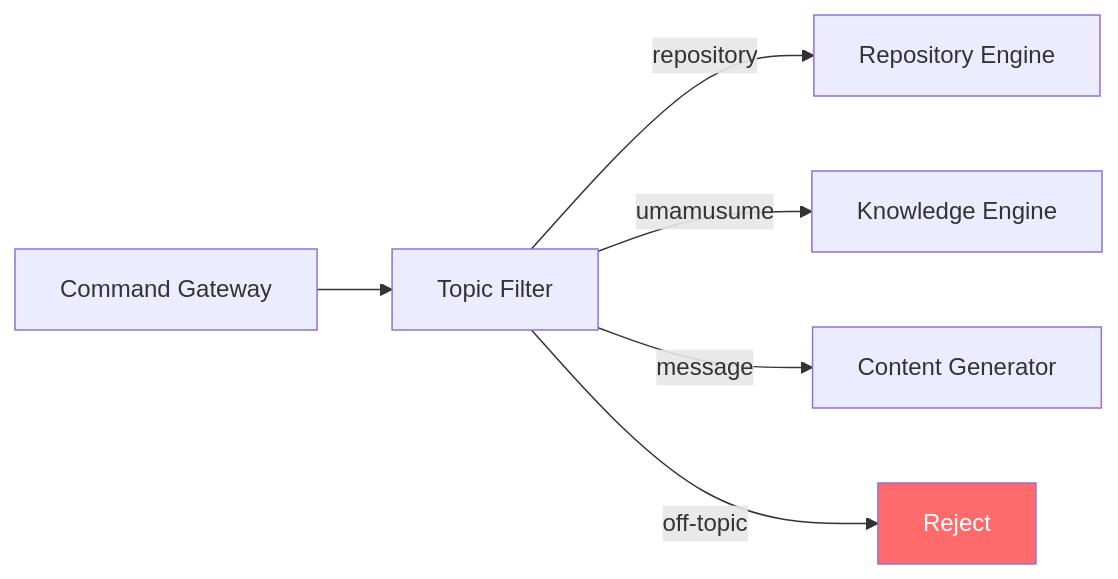
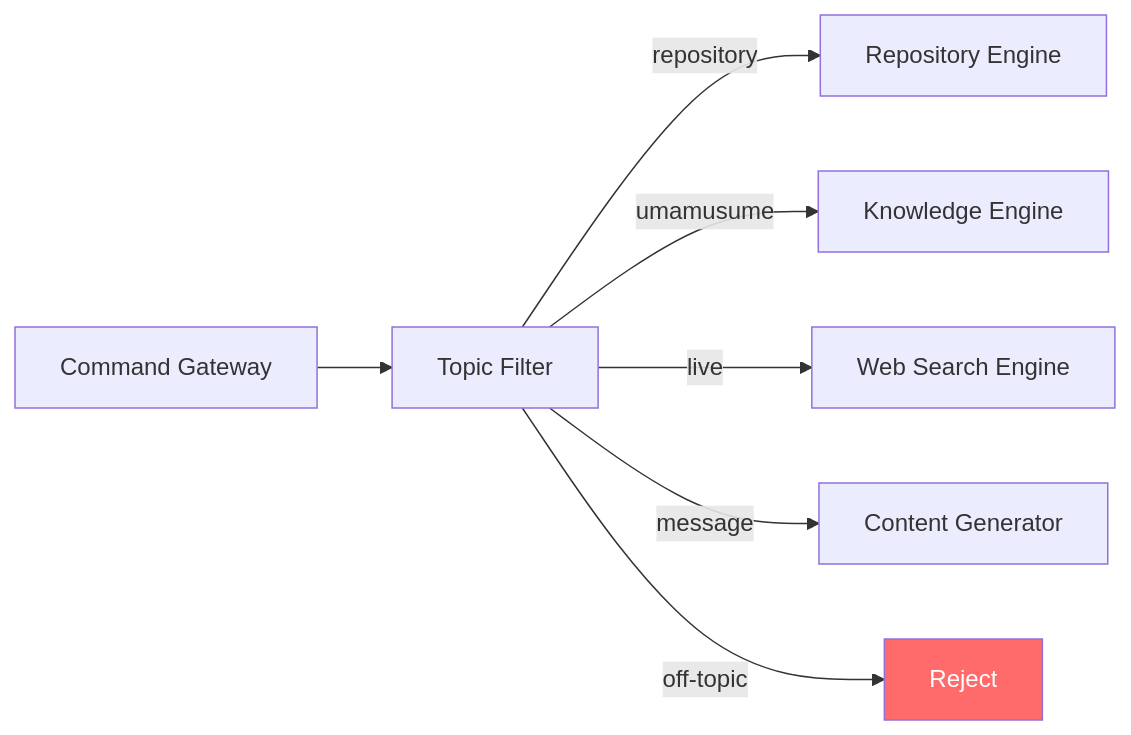
Before and after one commit to Umadolproject/Umakraft: the diagram in AI/TOPIC_FILTER.md, drawn with Mermaid. The commit also changed other lines of this file and 3 other files, not shown here.

First line of the commit message:
Add web search engine module and expand AI architecture documentation

````diff
--- a/AI/TOPIC_FILTER.md
+++ b/AI/TOPIC_FILTER.md
@@ -45,10 +46,11 @@
 ```mermaid
 flowchart LR
     GW[Command Gateway] --> TF[Topic Filter]
     TF -->|repository| RE[Repository Engine]
     TF -->|umamusume| KE[Knowledge Engine]
+    TF -->|live| WSE[Web Search Engine]
     TF -->|message| CG[Content Generator]
     TF -->|off-topic| REJ[Reject]
 
     style REJ fill:#ff6b6b,color:#fff
 ```
````
